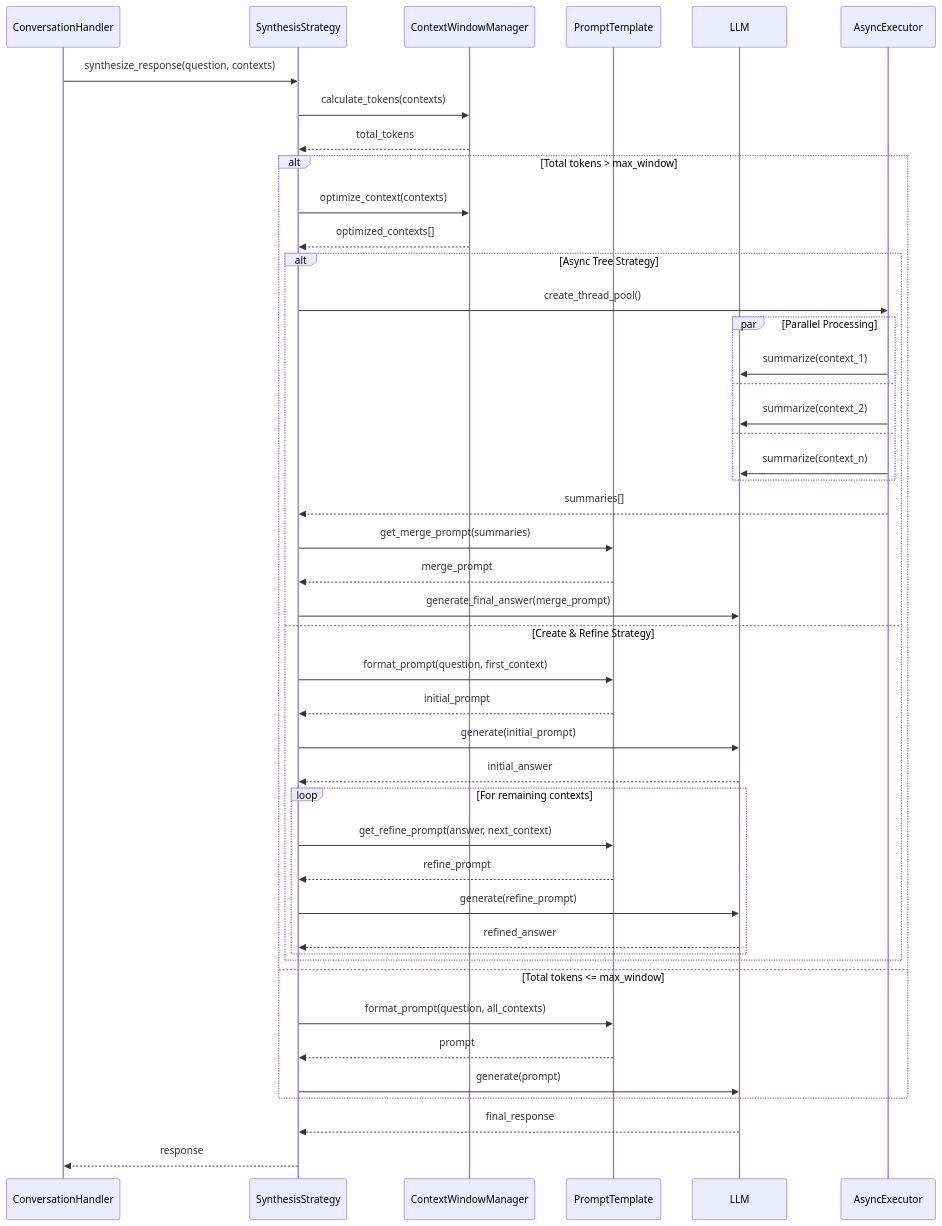
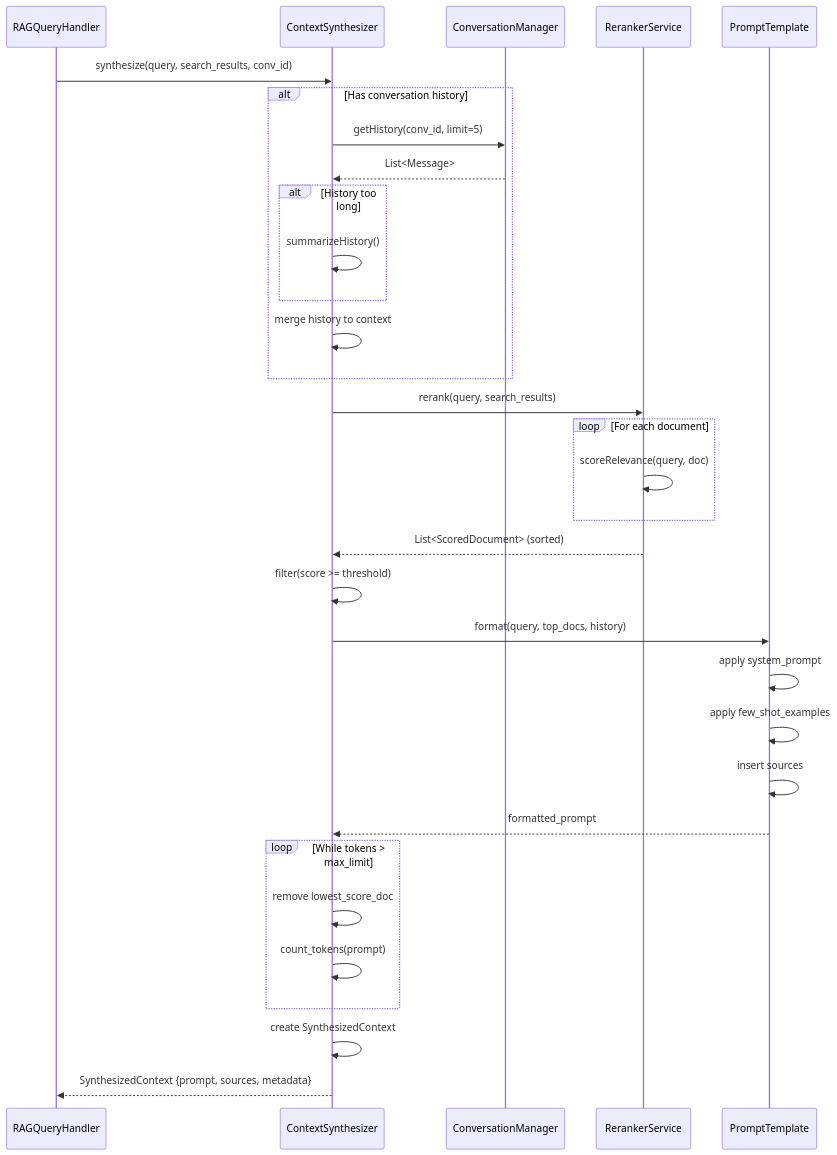
One commit to tvanle/Module2-HTTM changed the tenth of 13 diagrams in README.md. Above: the diagram before and after it, drawn with Mermaid. The commit also changed other lines of this file, not shown here.

````diff
--- a/README.md
+++ b/README.md
@@ -941,55 +787,43 @@
 ```mermaid
 sequenceDiagram
-    participant Handler as ConversationHandler
-    participant Strategy as SynthesisStrategy
-    participant ContextMgr as ContextWindowManager
+    participant Handler as RAGQueryHandler
+    participant Synth as ContextSynthesizer
+    participant Conv as ConversationManager
+    participant Rerank as RerankerService
     participant Template as PromptTemplate
-    participant LLM
-    participant AsyncExecutor
 
-    Handler->>Strategy: synthesize_response(question, contexts)
-    Strategy->>ContextMgr: calculate_tokens(contexts)
-    ContextMgr-->>Strategy: total_tokens
+    Handler->>Synth: synthesize(query, search_results, conv_id)
 
-    alt Total tokens > max_window
-        Strategy->>ContextMgr: optimize_context(contexts)
-        ContextMgr-->>Strategy: optimized_contexts[]
+    alt Has conversation history
+        Synth->>Conv: getHistory(conv_id, limit=5)
+        Conv-->>Synth: List<Message>
 
-        alt Async Tree Strategy
-            Strategy->>AsyncExecutor: create_thread_pool()
+        alt History too long
+            Synth->>Synth: summarizeHistory()
+        end
 
-            par Parallel Processing
-                AsyncExecutor->>LLM: summarize(context_1)
-                and
-                AsyncExecutor->>LLM: summarize(context_2)
-                and
-                AsyncExecutor->>LLM: summarize(context_n)
-            end
-
-            AsyncExecutor-->>Strategy: summaries[]
-            Strategy->>Template: get_merge_prompt(summaries)
-            Template-->>Strategy: merge_prompt
-            Strategy->>LLM: generate_final_answer(merge_prompt)
-
-        else Create & Refine Strategy
-            Strategy->>Template: format_prompt(question, first_context)
-            Template-->>Strategy: initial_prompt
-            Strategy->>LLM: generate(initial_prompt)
-            LLM-->>Strategy: initial_answer
-
-            loop For remaining contexts
-                Strategy->>Template: get_refine_prompt(answer, next_context)
-                Template-->>Strategy: refine_prompt
-                Strategy->>LLM: generate(refine_prompt)
-                LLM-->>Strategy: refined_answer
-            end
-        end
-    else Total tokens <= max_window
-        Strategy->>Template: format_prompt(question, all_contexts)
-        Template-->>Strategy: prompt
-        Strategy->>LLM: generate(prompt)
+        Synth->>Synth: merge history to context
     end
 
-    LLM-->>Strategy: final_response
-    Strategy-->>Handler: response
+    Synth->>Rerank: rerank(query, search_results)
+    loop For each document
+        Rerank->>Rerank: scoreRelevance(query, doc)
+    end
+    Rerank-->>Synth: List<ScoredDocument> (sorted)
+
+    Synth->>Synth: filter(score >= threshold)
+
+    Synth->>Template: format(query, top_docs, history)
+    Template->>Template: apply system_prompt
+    Template->>Template: apply few_shot_examples
+    Template->>Template: insert sources
+    Template-->>Synth: formatted_prompt
+
+    loop While tokens > max_limit
+        Synth->>Synth: remove lowest_score_doc
+        Synth->>Synth: count_tokens(prompt)
+    end
+
+    Synth->>Synth: create SynthesizedContext
+    Synth-->>Handler: SynthesizedContext {prompt, sources, metadata}
 ```
````
